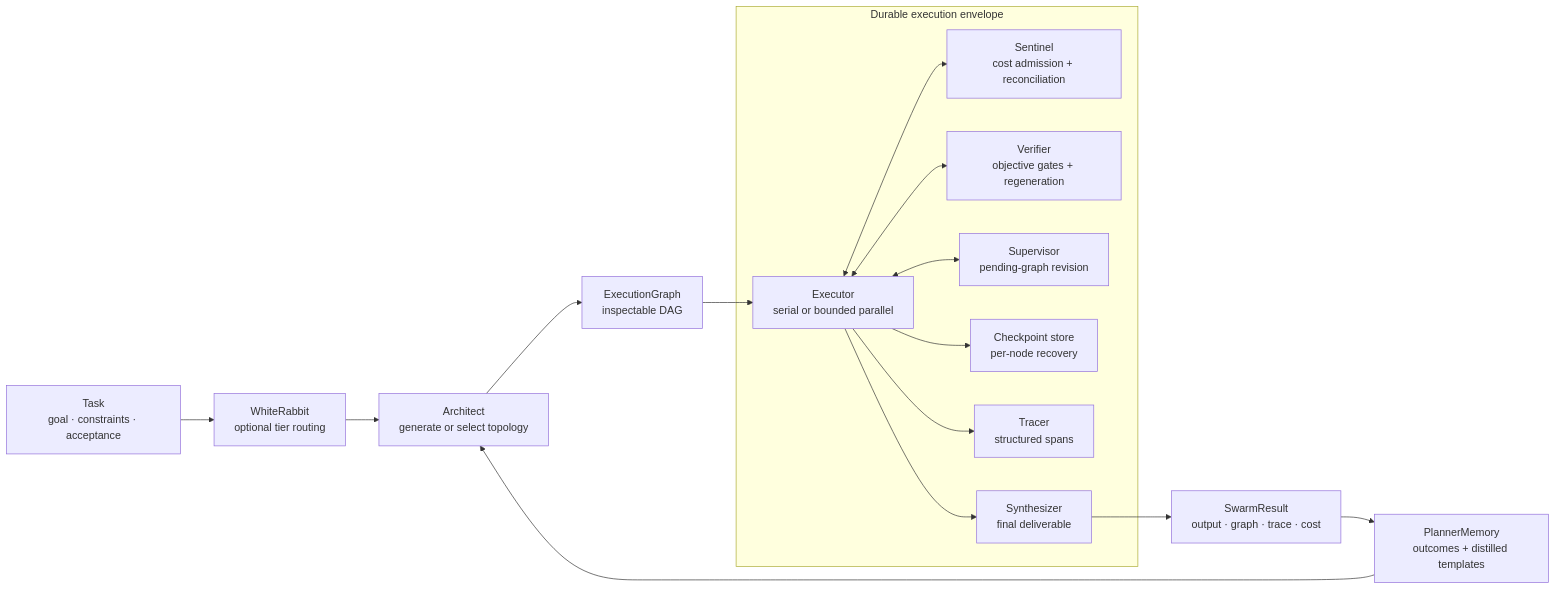
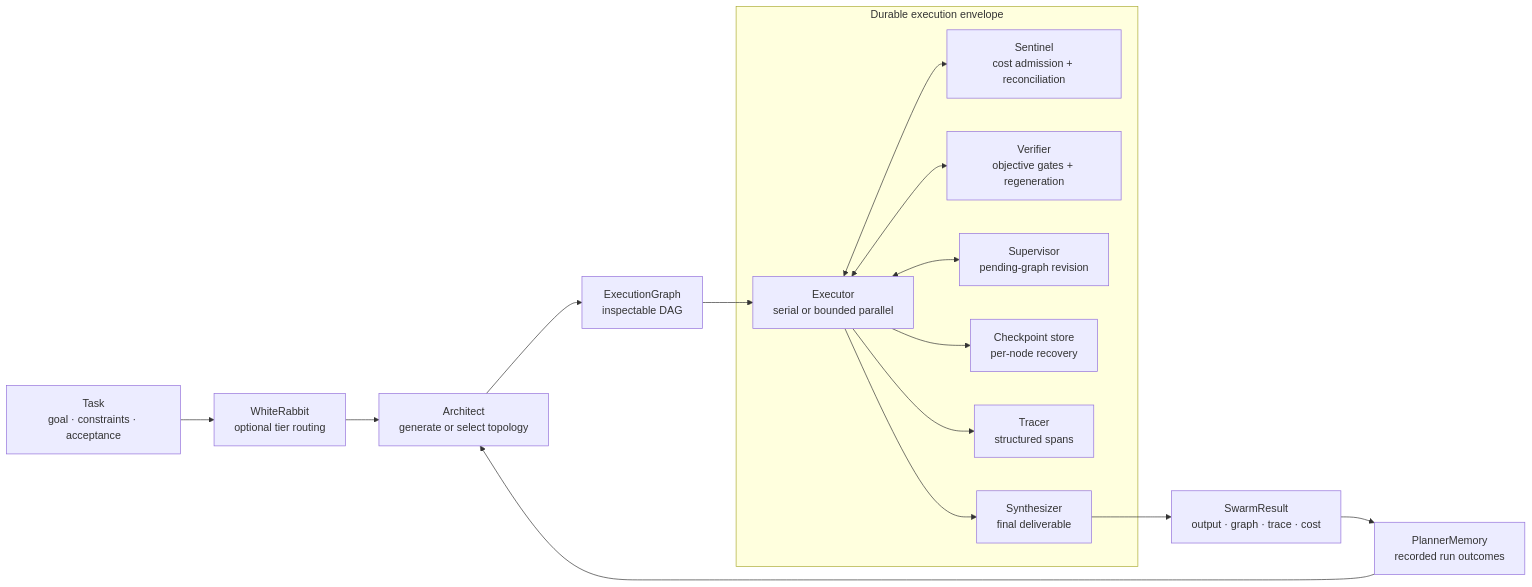
One commit to petehottelet/smythe changed the diagram in docs/architecture.md. Above: the diagram before and after it, drawn with Mermaid. The commit also changed other lines of this file, not shown here.

First line of the commit message:
Correct planner memory, artifact record and durable scope text

````diff
--- a/docs/architecture.md
+++ b/docs/architecture.md
@@ -8,29 +8,29 @@
 ```mermaid
 %%{init: {"theme":"base","themeVariables":{"fontFamily":"Georgia, 'Times New Roman', serif","fontSize":"14px","primaryColor":"#ffffff","primaryTextColor":"#000000","primaryBorderColor":"#000000","lineColor":"#000000","secondaryColor":"#ffffff","tertiaryColor":"#ffffff","background":"#ffffff","mainBkg":"#ffffff","clusterBkg":"#ffffff","clusterBorder":"#000000"},"flowchart":{"curve":"basis","nodeSpacing":48,"rankSpacing":58}}}%%
 flowchart LR
     task["Task<br/>goal · constraints · acceptance"]
     router["WhiteRabbit<br/>optional tier routing"]
     architect["Architect<br/>generate or select topology"]
     dag["ExecutionGraph<br/>inspectable DAG"]
 
     subgraph envelope["Durable execution envelope"]
         executor["Executor<br/>serial or bounded parallel"]
         sentinel["Sentinel<br/>cost admission + reconciliation"]
         verifier["Verifier<br/>objective gates + regeneration"]
         supervisor["Supervisor<br/>pending-graph revision"]
         checkpoint["Checkpoint store<br/>per-node recovery"]
         tracer["Tracer<br/>structured spans"]
         synthesizer["Synthesizer<br/>final deliverable"]
     end
 
     result["SwarmResult<br/>output · graph · trace · cost"]
-    memory["PlannerMemory<br/>outcomes + distilled templates"]
+    memory["PlannerMemory<br/>recorded run outcomes"]
 
     task --> router --> architect --> dag --> executor --> synthesizer --> result
     executor <--> sentinel
     executor <--> verifier
     executor <--> supervisor
     executor --> checkpoint
     executor --> tracer
     result --> memory --> architect
 ```
````
